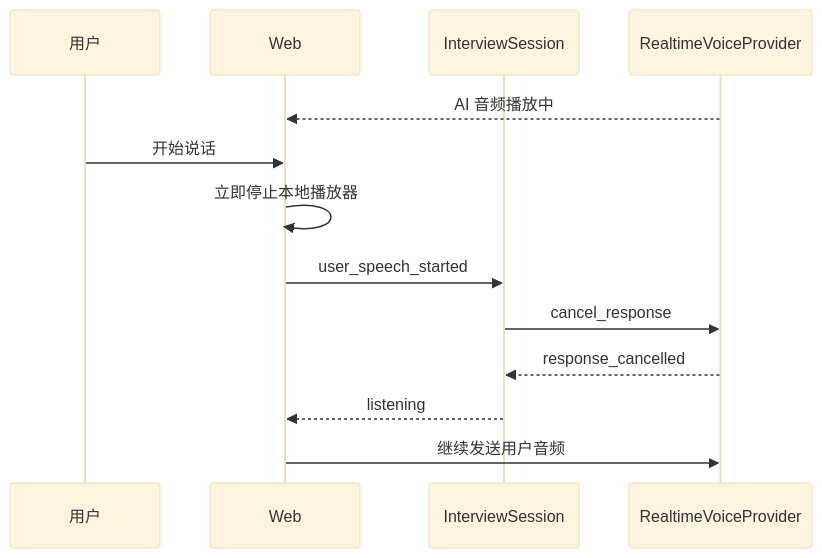
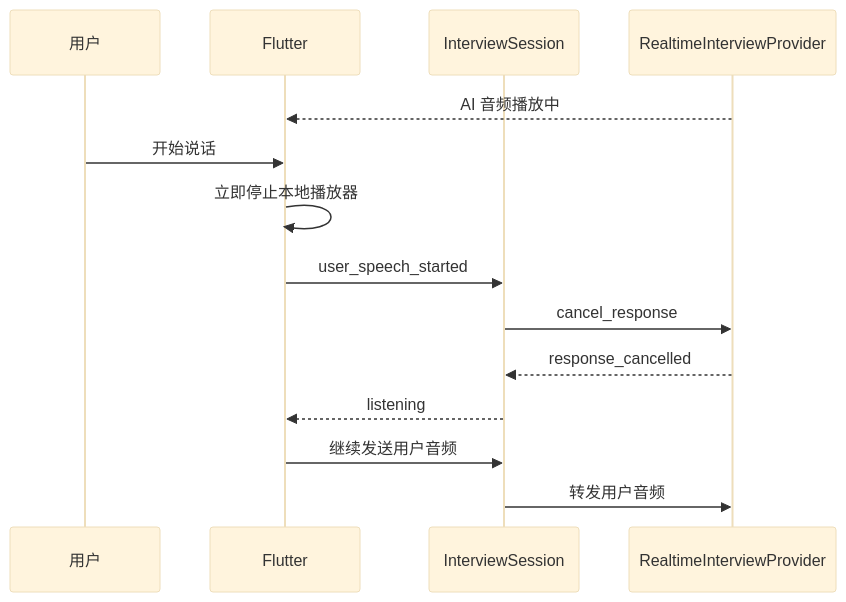
Before and after one commit to Lq0412/ai-en-coach: the seventh of 12 diagrams in docs/superpowers/specs/2026-07-14-ms1-system-architecture-design.md, drawn with Mermaid (base theme). The commit also changed other lines of this file, not shown here.

First line of the commit message:
docs(architecture): 定稿 MS1 系统架构与技术选型

````diff
--- a/docs/superpowers/specs/2026-07-14-ms1-system-architecture-design.md
+++ b/docs/superpowers/specs/2026-07-14-ms1-system-architecture-design.md
@@ -348,16 +435,17 @@
 ```mermaid
 sequenceDiagram
   participant U as 用户
-  participant W as Web
+  participant F as Flutter
   participant S as InterviewSession
-  participant V as RealtimeVoiceProvider
+  participant V as RealtimeInterviewProvider
 
-  V-->>W: AI 音频播放中
-  U->>W: 开始说话
-  W->>W: 立即停止本地播放器
-  W->>S: user_speech_started
+  V-->>F: AI 音频播放中
+  U->>F: 开始说话
+  F->>F: 立即停止本地播放器
+  F->>S: user_speech_started
   S->>V: cancel_response
   V-->>S: response_cancelled
-  S-->>W: listening
-  W->>V: 继续发送用户音频
+  S-->>F: listening
+  F->>S: 继续发送用户音频
+  S->>V: 转发用户音频
 ```
````
